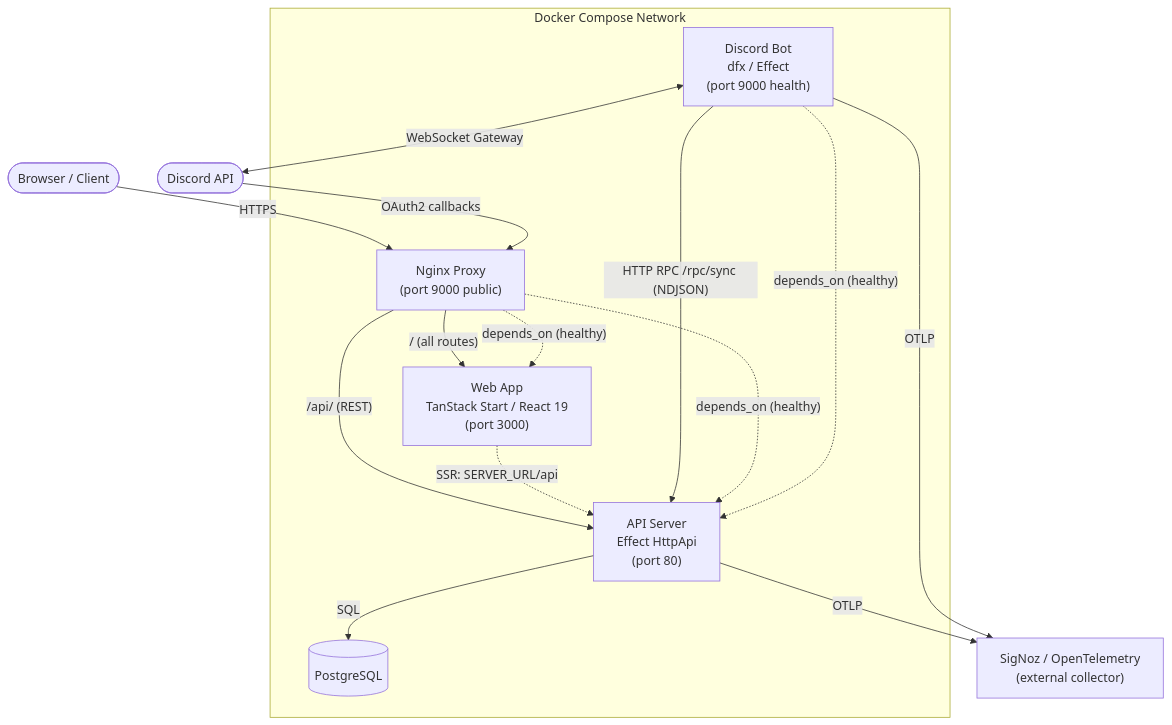
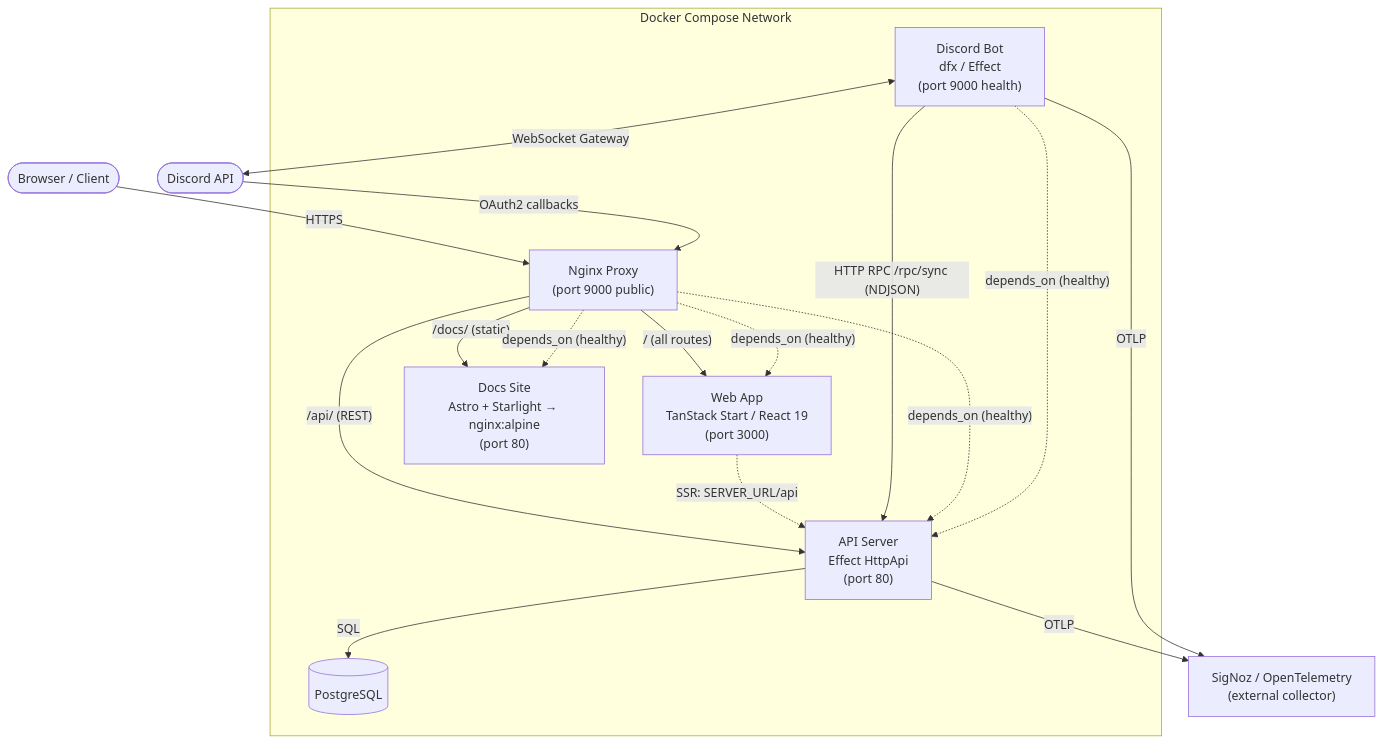
One commit to maxa-ondrej/sideline changed the first of 3 diagrams in docs/thesis/architecture.md. Above: the diagram before and after it, drawn with Mermaid. The commit also changed other lines of this file and 49 other files, not shown here.

First line of the commit message:
feat(docs): add Astro + Starlight documentation site at /docs (#223)

````diff
--- a/docs/thesis/architecture.md
+++ b/docs/thesis/architecture.md
@@ -15,32 +15,35 @@
 ```mermaid
 graph TD
     Client([Browser / Client])
     Discord([Discord API])
 
     subgraph Docker Compose Network
         Proxy["Nginx Proxy\n(port 9000 public)"]
         Web["Web App\nTanStack Start / React 19\n(port 3000)"]
         Server["API Server\nEffect HttpApi\n(port 80)"]
         Bot["Discord Bot\ndfx / Effect\n(port 9000 health)"]
+        Docs["Docs Site\nAstro + Starlight → nginx:alpine\n(port 80)"]
         DB[(PostgreSQL)]
     end
 
     OTEL["SigNoz / OpenTelemetry\n(external collector)"]
 
     Client -->|HTTPS| Proxy
     Proxy -->|"/ (all routes)"| Web
     Proxy -->|"/api/ (REST)"| Server
+    Proxy -->|"/docs/ (static)"| Docs
     Web -.->|"SSR: SERVER_URL/api"| Server
 
     Bot -->|"HTTP RPC /rpc/sync (NDJSON)"| Server
     Bot <-->|"WebSocket Gateway"| Discord
     Discord -->|"OAuth2 callbacks"| Proxy
 
     Server -->|SQL| DB
     Server -->|OTLP| OTEL
     Bot -->|OTLP| OTEL
 
     Proxy -.->|"depends_on (healthy)"| Server
     Proxy -.->|"depends_on (healthy)"| Web
+    Proxy -.->|"depends_on (healthy)"| Docs
     Bot -.->|"depends_on (healthy)"| Server
 ```
````
